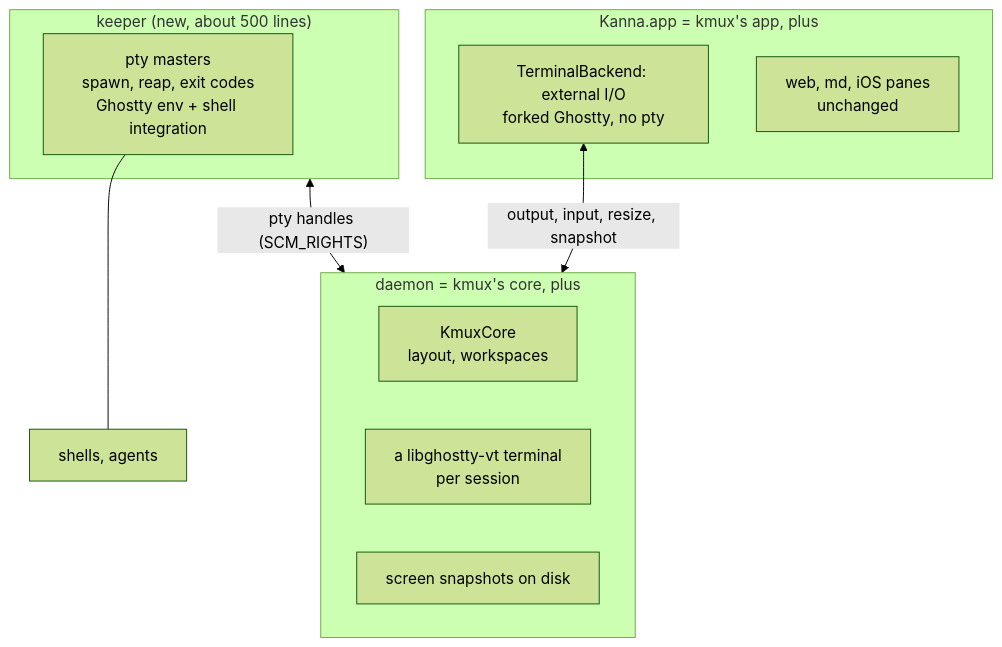
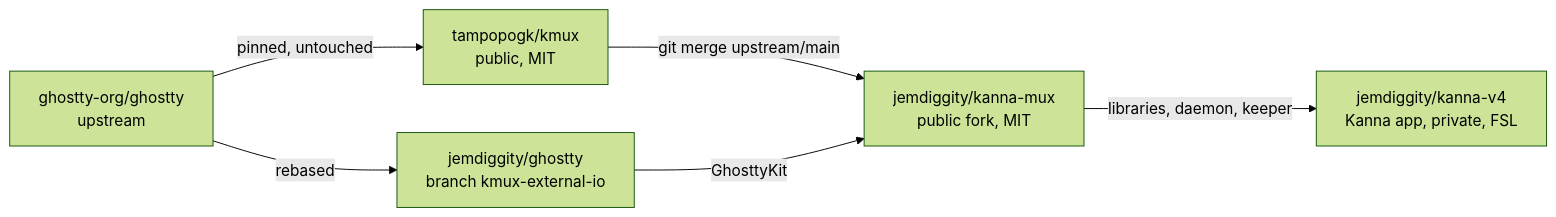
Before and after one commit to jemdiggity/kanna-v4: the fifth of 9 diagrams in docs/research/mux-architecture.md, drawn with Mermaid (forest theme). The commit also changed other lines of this file, not shown here.

Commit message:
Mux architecture: kmux as libraries, the daemon owns sessions, each UI owns its arrangement, one CLI socket

````diff
--- a/docs/research/mux-architecture.md
+++ b/docs/research/mux-architecture.md
@@ -130,19 +180,8 @@
 ```mermaid
-flowchart TB
-    subgraph K["keeper (new, about 500 lines)"]
-        PT["pty masters<br/>spawn, reap, exit codes<br/>Ghostty env + shell integration"]
-    end
-    subgraph D["daemon = kmux's core, plus"]
-        CORE["KmuxCore<br/>layout, workspaces"]
-        VT["a libghostty-vt terminal<br/>per session"]
-        SNAP["screen snapshots on disk"]
-    end
-    subgraph A["Kanna.app = kmux's app, plus"]
-        EXT["TerminalBackend: external I/O<br/>forked Ghostty, no pty"]
-        WEB["web, md, iOS panes<br/>unchanged"]
-    end
-    SH["shells, agents"]
-    PT --- SH
-    K <-->|"pty handles (SCM_RIGHTS)"| D
-    EXT <-->|"output, input, resize, snapshot"| D
+flowchart LR
+    GU["ghostty-org/ghostty<br/>upstream"] -->|"pinned, untouched"| KMUX["tampopogk/kmux<br/>public, MIT"]
+    GU -->|"rebased"| GF["jemdiggity/ghostty<br/>branch kmux-external-io"]
+    KMUX -->|"git merge upstream/main"| KM["jemdiggity/kanna-mux<br/>public fork, MIT"]
+    GF -->|"GhosttyKit"| KM
+    KM -->|"libraries, daemon, keeper"| KV["jemdiggity/kanna-v4<br/>Kanna app, private, FSL"]
 ```
````
